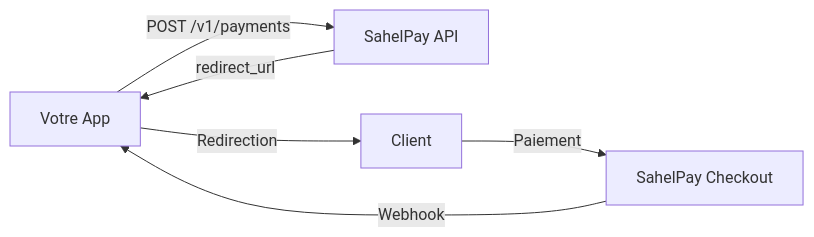
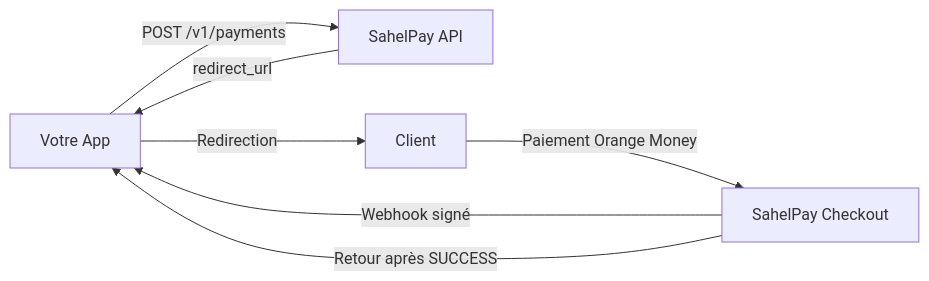
The diagram in docs/guides/integration.mdx (dione24/sahelpay-sdks), drawn with Mermaid before and after one commit. The commit also changed other lines of this file and 54 other files, not shown here.

````diff
--- a/docs/guides/integration.mdx
+++ b/docs/guides/integration.mdx
@@ -21,8 +21,9 @@
 ```mermaid
 flowchart LR
     A[Votre App] -->|POST /v1/payments| B[SahelPay API]
     B -->|redirect_url| A
     A -->|Redirection| C[Client]
-    C -->|Paiement| D[SahelPay Checkout]
-    D -->|Webhook| A
+    C -->|Paiement Orange Money| D[SahelPay Checkout]
+    D -->|Webhook signé| A
+    D -->|Retour après SUCCESS| A
 ```
````
